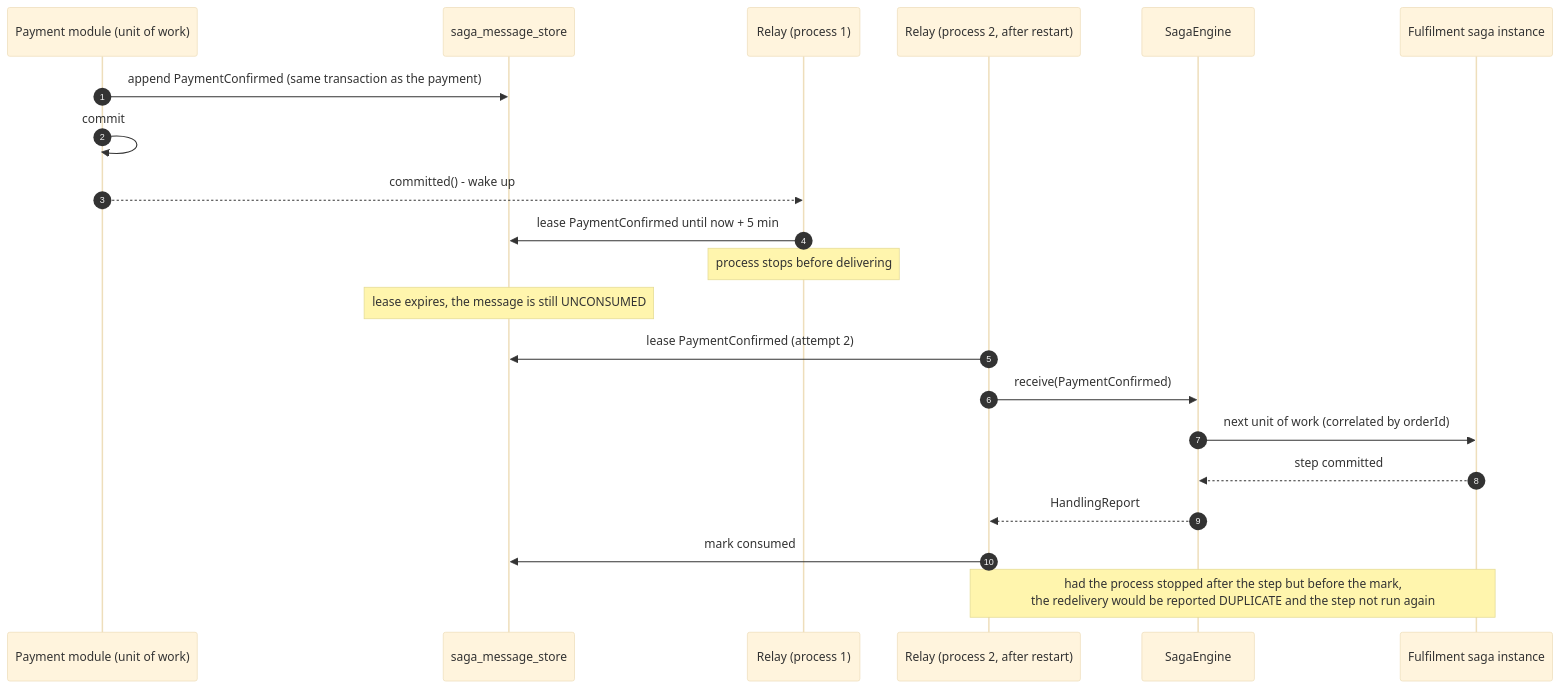
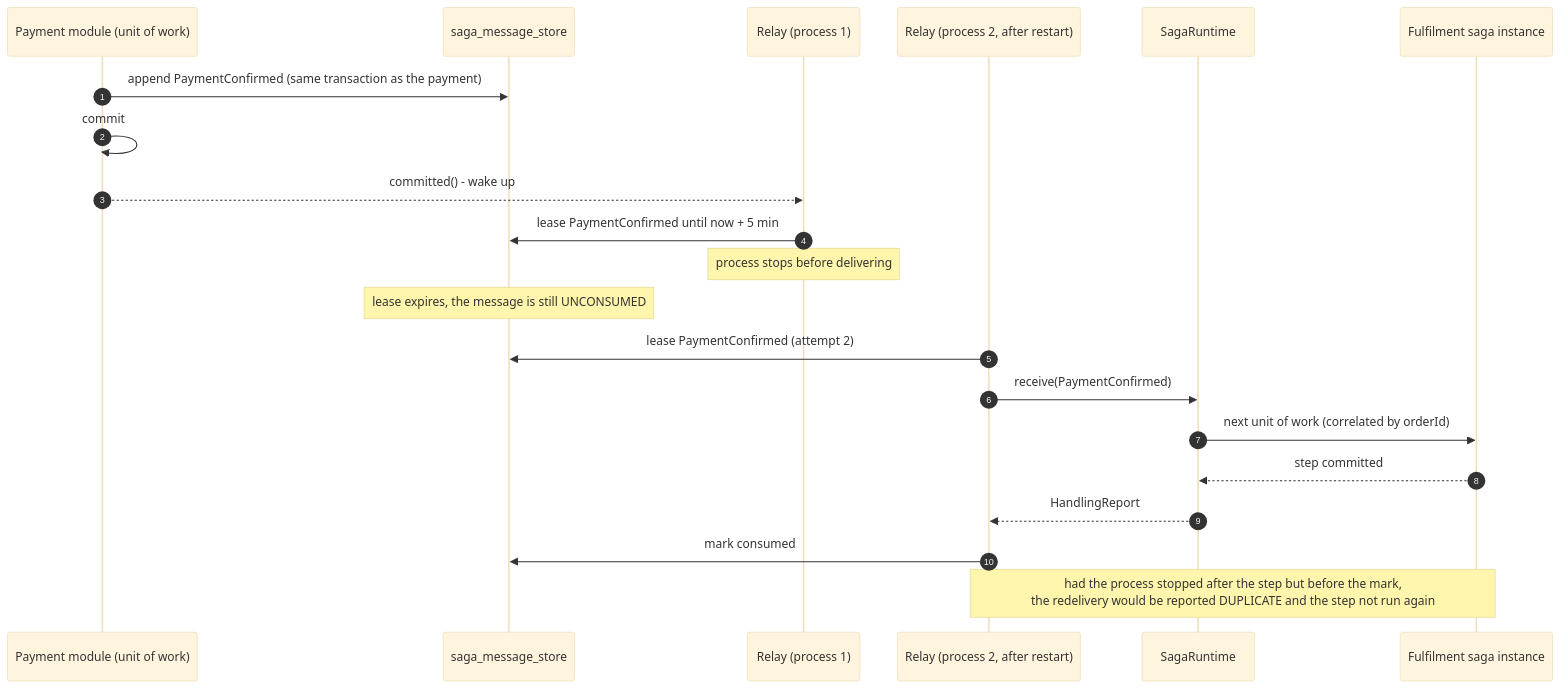
The second of 3 diagrams in docs/architecture.md (gkosharovdev/saga-forge), drawn with Mermaid (base theme) before and after one commit. The commit also changed other lines of this file and 482 other files, not shown here.

First line of the commit message:
Rename SagaEngine to SagaRuntime and the engine module to saga-forge-runtime

````diff
--- a/docs/architecture.md
+++ b/docs/architecture.md
@@ -169,24 +169,24 @@
 ```mermaid
 sequenceDiagram
     autonumber
     participant A as Payment module (unit of work)
     participant Log as saga_message_store
     participant R1 as Relay (process 1)
     participant R2 as Relay (process 2, after restart)
-    participant E as SagaEngine
+    participant E as SagaRuntime
     participant S as Fulfilment saga instance
 
     A->>Log: append PaymentConfirmed (same transaction as the payment)
     A->>A: commit
     A-->>R1: committed() - wake up
     R1->>Log: lease PaymentConfirmed until now + 5 min
     Note over R1: process stops before delivering
     Note over Log: lease expires, the message is still UNCONSUMED
     R2->>Log: lease PaymentConfirmed (attempt 2)
     R2->>E: receive(PaymentConfirmed)
     E->>S: next unit of work (correlated by orderId)
     S-->>E: step committed
     E-->>R2: HandlingReport
     R2->>Log: mark consumed
     Note over R2,S: had the process stopped after the step but before the mark,<br/>the redelivery would be reported DUPLICATE and the step not run again
 ```
````
